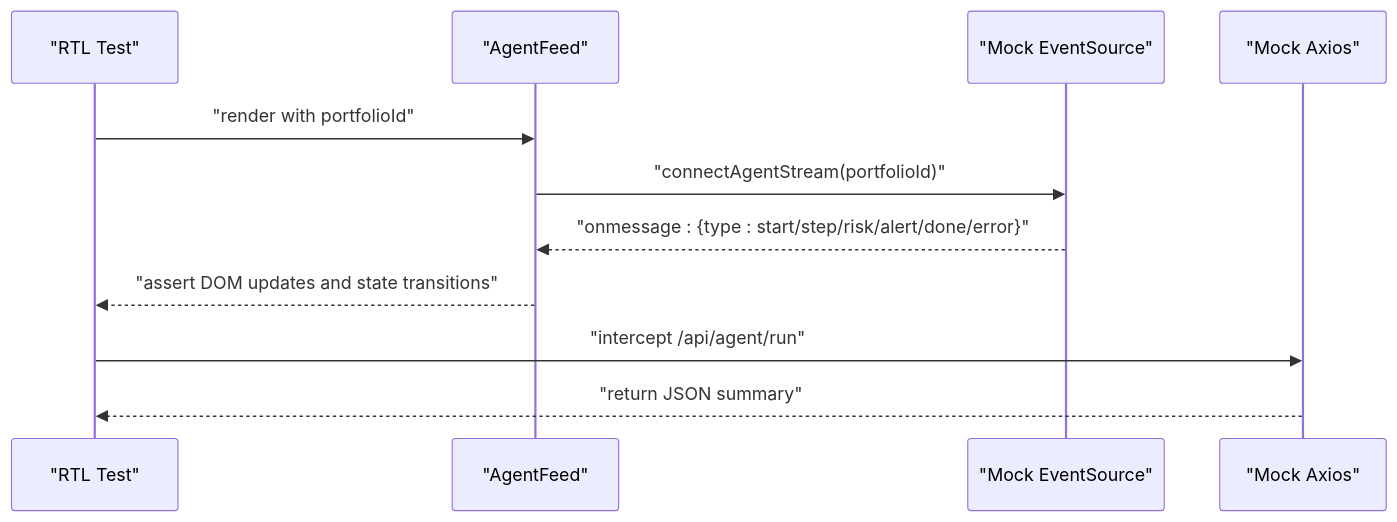
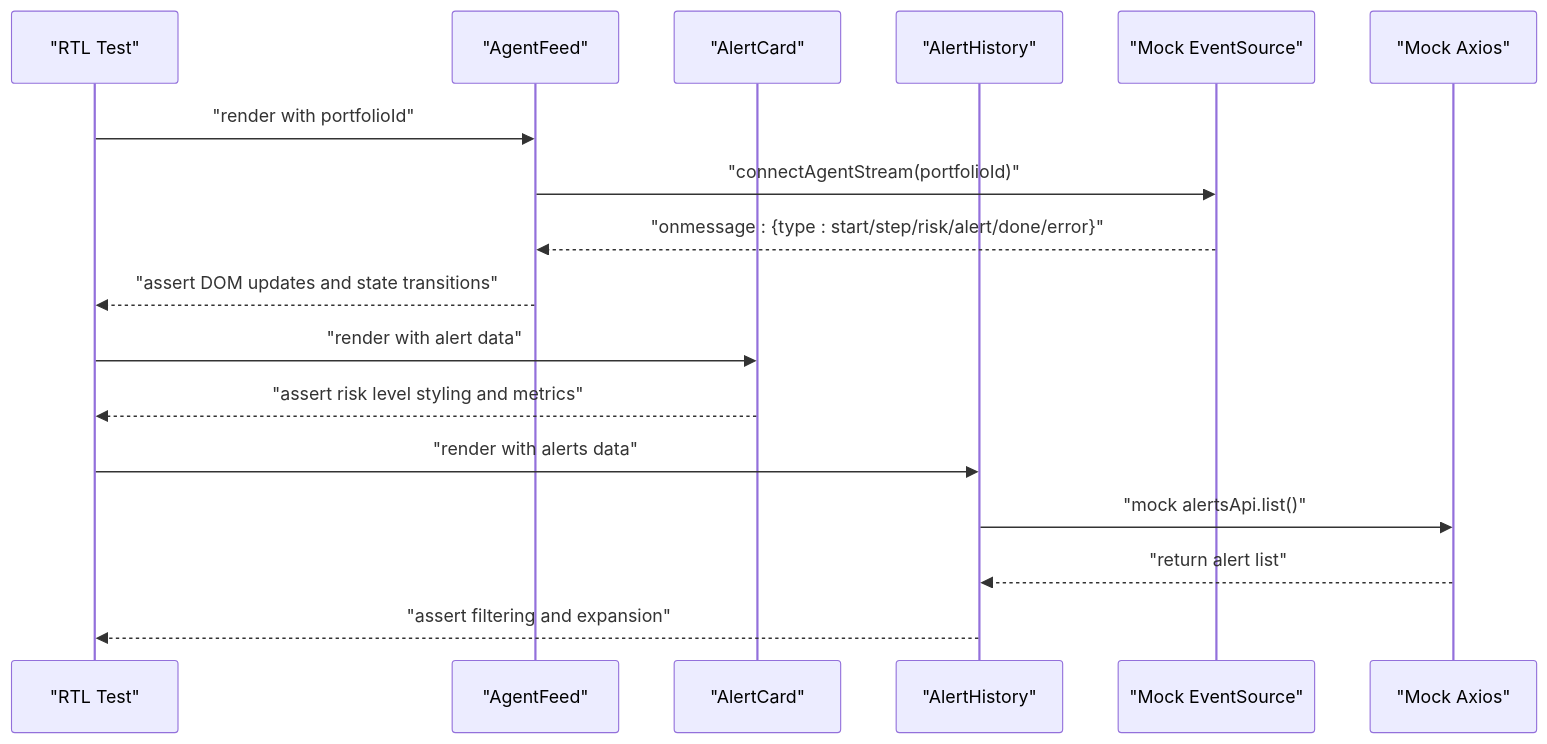
Before and after one commit to ishwarambare/ishwarambare-app: the seventh of 8 diagrams in .qoder/repowiki/en/content/Development Guidelines/Testing Strategies and Quality Assurance.md, drawn with Mermaid. The commit also changed other lines of this file and 4 other files, not shown here.

First line of the commit message:
test(alerts): add comprehensive testing framework for alert delivery and pipeline

````diff
--- a/.qoder/repowiki/en/content/Development Guidelines/Testing Strategies and Quality Assurance.md
+++ b/.qoder/repowiki/en/content/Development Guidelines/Testing Strategies and Quality Assurance.md
@@ -280,13 +372,19 @@
 ```mermaid
 sequenceDiagram
 participant RTL as "RTL Test"
 participant AF as "AgentFeed"
+participant AC as "AlertCard"
+participant AH as "AlertHistory"
 participant SSE as "Mock EventSource"
 participant API as "Mock Axios"
 RTL->>AF : "render with portfolioId"
 AF->>SSE : "connectAgentStream(portfolioId)"
 SSE-->>AF : "onmessage : {type : start/step/risk/alert/done/error}"
 AF-->>RTL : "assert DOM updates and state transitions"
-RTL->>API : "intercept /api/agent/run"
-API-->>RTL : "return JSON summary"
+RTL->>AC : "render with alert data"
+AC-->>RTL : "assert risk level styling and metrics"
+RTL->>AH : "render with alerts data"
+AH->>API : "mock alertsApi.list()"
+API-->>AH : "return alert list"
+AH-->>RTL : "assert filtering and expansion"
 ```
````
